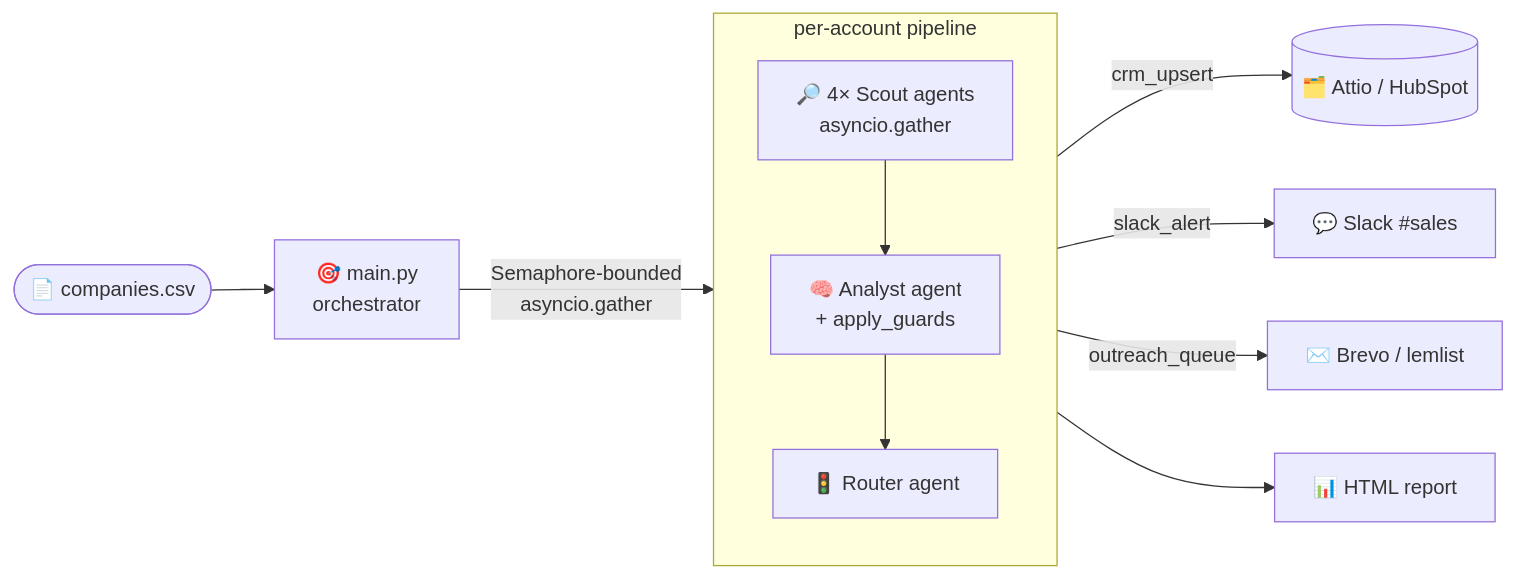
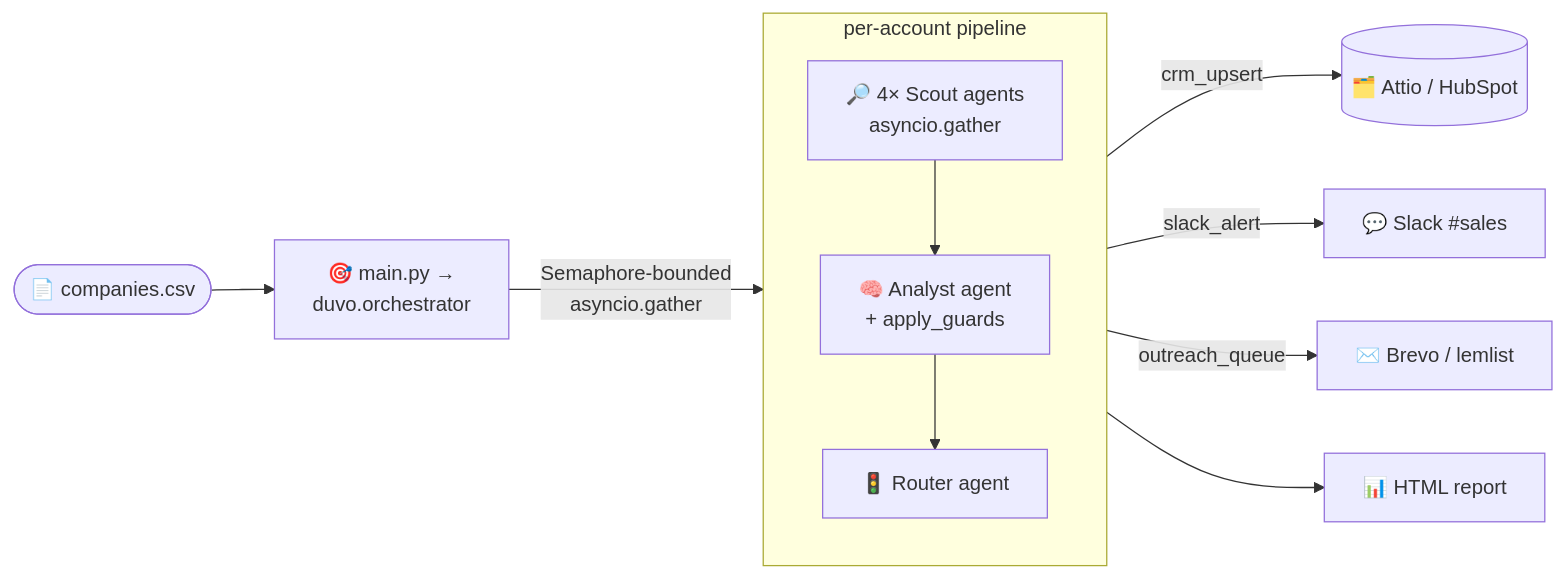
One commit to JakubKub13/GTM_agentic_mvp changed the diagram in duvo-signal-loop/README.md. Above: the diagram before and after it, drawn with Mermaid. The commit also changed other lines of this file and 49 other files, not shown here.

````diff
--- a/duvo-signal-loop/README.md
+++ b/duvo-signal-loop/README.md
@@ -31,16 +31,16 @@
 ```mermaid
 flowchart LR
-    CSV([📄 companies.csv]) --> ORCH[🎯 main.py<br/>orchestrator]
+    CSV([📄 companies.csv]) --> ORCH[🎯 main.py →<br/>duvo.orchestrator]
     ORCH -- Semaphore-bounded<br/>asyncio.gather --> PIPE
 
     subgraph PIPE [per-account pipeline]
         direction TB
         S[🔎 4× Scout agents<br/>asyncio.gather] --> A[🧠 Analyst agent<br/>+ apply_guards]
         A --> R[🚦 Router agent]
     end
 
     R -- crm_upsert --> CRM[(🗂️ Attio / HubSpot)]
     R -- slack_alert --> SL[💬 Slack #sales]
     R -- outreach_queue --> OUT[✉️ Brevo / lemlist]
     PIPE --> REP[📊 HTML report]
 ```
````
